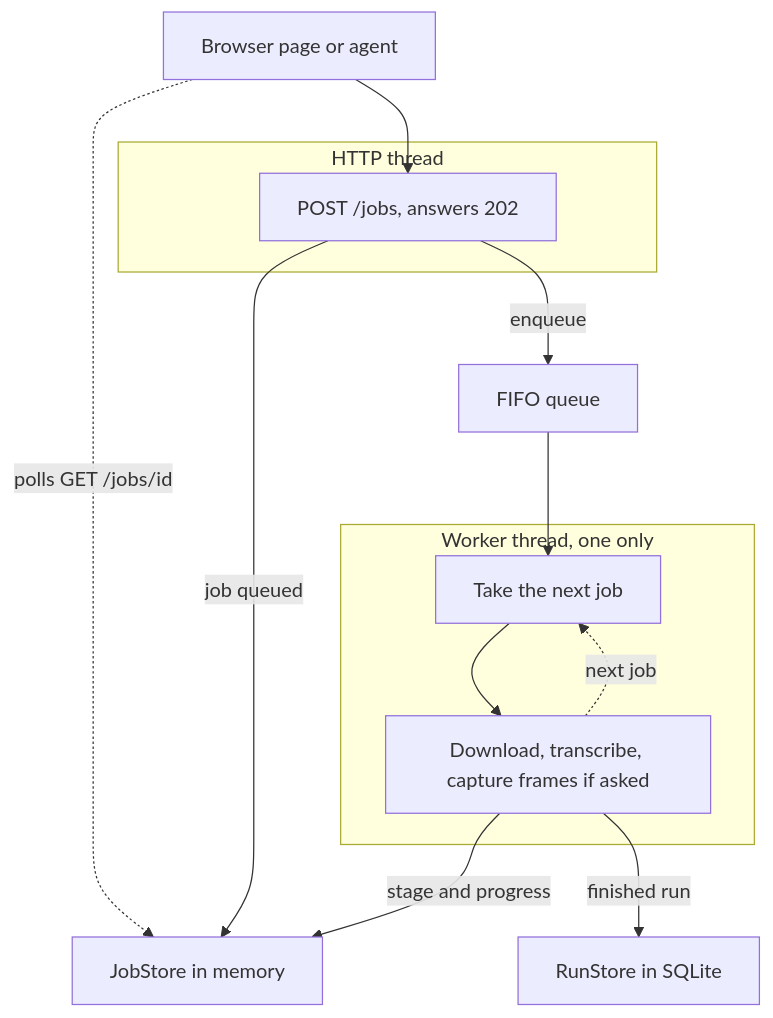
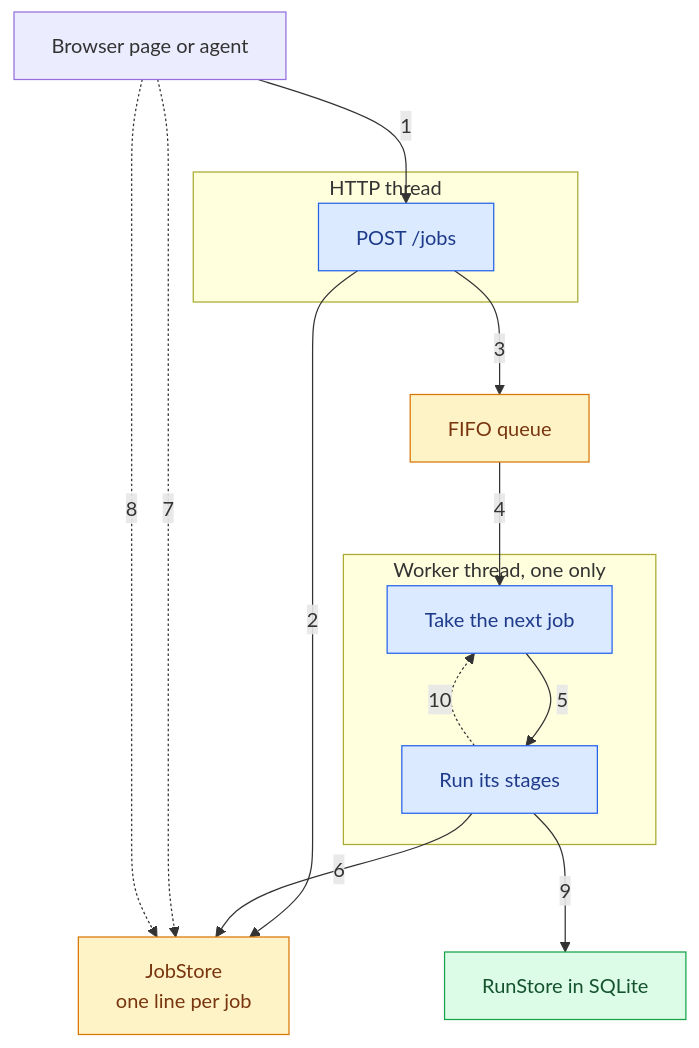
One commit to kevpdev/yt-transcriber changed the diagram in aidd_docs/memory/architecture.md. Above: the diagram before and after it, drawn with Mermaid. The commit also changed other lines of this file, not shown here.

Commit message:
docs(architecture): number the job flow and add its legend

````diff
--- a/aidd_docs/memory/architecture.md
+++ b/aidd_docs/memory/architecture.md
@@ -17,24 +17,32 @@
 ```mermaid
 flowchart TD
     caller["Browser page or agent"]
     subgraph http["HTTP thread"]
-        post["POST /jobs, answers 202"]
+        post["POST /jobs"]
     end
-    store["JobStore in memory"]
+    store["JobStore<br/>one line per job"]
     queue["FIFO queue"]
     subgraph worker["Worker thread, one only"]
         take["Take the next job"]
-        run["Download, transcribe, capture frames if asked"]
+        run["Run its stages"]
     end
     runs["RunStore in SQLite"]
 
-    caller --> post
-    caller -.->|"polls GET /jobs/id"| store
-    post -->|"job queued"| store
-    post -->|"enqueue"| queue
-    queue --> take
-    take --> run
-    run -->|"stage and progress"| store
-    run -->|"finished run"| runs
-    run -.->|"next job"| take
+    caller -->|"1"| post
+    post -->|"2"| store
+    post -->|"3"| queue
+    queue -->|"4"| take
+    take -->|"5"| run
+    run -->|"6"| store
+    caller -.->|"7"| store
+    caller -.->|"8"| store
+    run -->|"9"| runs
+    run -.->|"10"| take
+
+    classDef thread fill:#DBEAFE,stroke:#2563EB,color:#1E3A8A
+    classDef memory fill:#FEF3C7,stroke:#D97706,color:#78350F
+    classDef durable fill:#DCFCE7,stroke:#16A34A,color:#14532D
+    class post,take,run thread
+    class store,queue memory
+    class runs durable
 ```
````
